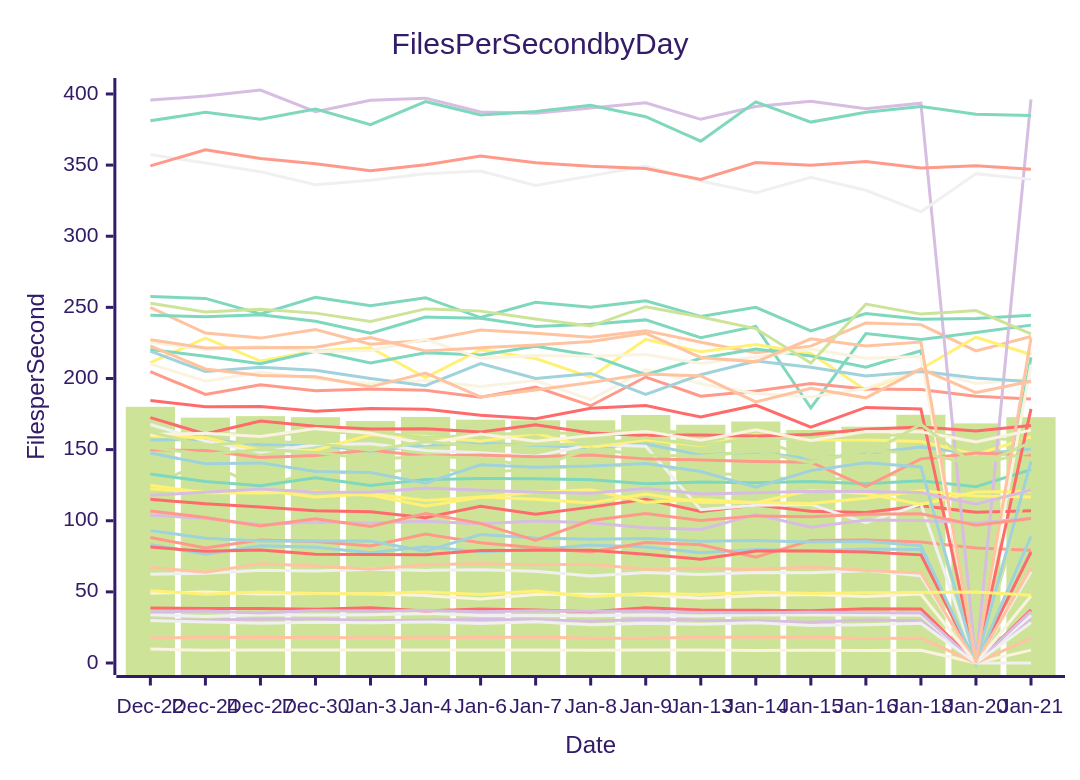
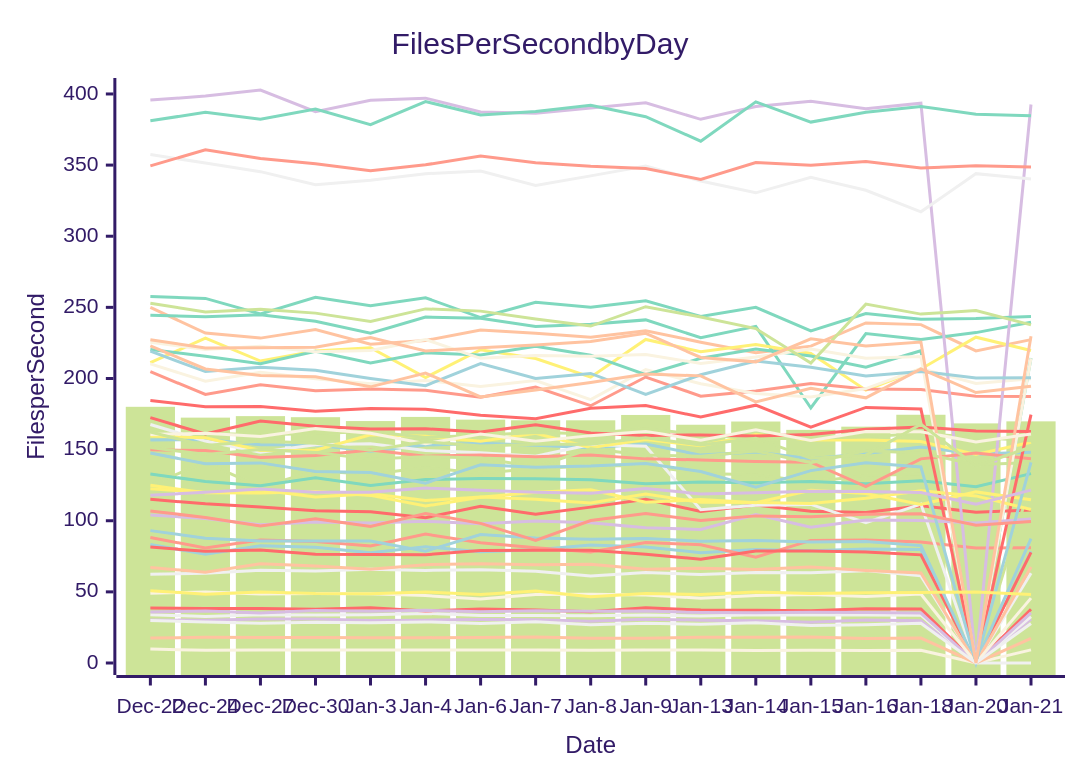
The diagram in perf-report.md (streetsidesoftware/cspell), drawn with Mermaid (forest theme) before and after one commit. The commit also changed other lines of this file and 1 other file, not shown here.

````diff
--- a/perf-report.md
+++ b/perf-report.md
@@ -10,57 +10,57 @@
 ```mermaid
 xychart-beta
     title Files Per Second by Day
     y-axis Files per Second
     x-axis Date [Dec-22, Dec-24, Dec-27, Dec-30, Jan-3, Jan-4, Jan-6, Jan-7, Jan-8, Jan-9, Jan-13, Jan-14, Jan-15, Jan-16, Jan-18, Jan-20, Jan-21]
-    bar [180.09, 172.48, 173.54, 172.79, 170.07, 172.98, 171.06, 170.63, 170.60, 174.36, 167.48, 169.75, 163.88, 166.13, 174.50, 168.43, 172.80]
-    line [115.03, 111.88, 109.68, 107.07, 106.25, 102.14, 110.16, 104.65, 109.58, 115.11, 106.48, 111.07, 106.70, 105.83, 110.59, 105.90, 106.95]
-    line [83.25, 76.44, 82.43, 81.41, 77.52, 81.68, 78.20, 79.53, 83.01, 81.62, 77.54, 79.76, 78.94, 80.05, 79.79, 0.00, 79.00]
-    line [30.24, 30.04, 30.99, 30.88, 29.79, 30.12, 30.58, 30.44, 29.43, 30.82, 30.13, 29.74, 28.69, 30.19, 29.74, 0.00, 31.28]
-    line [33.89, 32.69, 33.95, 33.78, 33.96, 34.86, 33.41, 33.47, 33.19, 33.82, 33.01, 34.00, 33.70, 33.67, 33.62, 0.00, 33.55]
-    line [249.98, 231.90, 228.38, 234.40, 224.05, 226.75, 234.01, 231.87, 229.00, 233.60, 225.53, 218.14, 222.73, 239.07, 237.86, 219.38, 229.49]
-    line [244.43, 243.32, 244.74, 240.28, 231.82, 243.15, 242.35, 236.52, 238.12, 241.19, 228.64, 236.61, 179.24, 231.58, 227.41, 232.25, 237.51]
-    line [88.26, 80.81, 86.47, 85.34, 82.22, 90.61, 84.54, 80.98, 78.06, 84.72, 83.13, 74.36, 86.16, 86.38, 84.98, 80.87, 79.30]
-    line [9.78, 8.90, 9.07, 9.12, 9.16, 9.11, 9.12, 9.14, 8.90, 9.21, 9.09, 8.82, 8.93, 8.76, 8.99, 0.00, 9.07]
-    line [211.10, 228.39, 212.27, 219.38, 221.60, 200.66, 220.18, 213.99, 200.90, 227.46, 218.81, 223.94, 217.59, 191.78, 206.70, 229.01, 216.84]
-    line [125.20, 140.89, 123.76, 134.99, 132.64, 137.41, 133.47, 136.71, 138.45, 138.88, 133.26, 132.31, 127.23, 131.76, 132.93, 0.00, 130.99]
-    line [38.70, 38.32, 38.26, 37.85, 38.77, 36.54, 38.02, 37.20, 35.97, 38.77, 37.19, 37.15, 36.65, 38.13, 37.95, 0.00, 37.31]
-    line [156.77, 157.19, 153.46, 153.21, 148.91, 153.20, 154.41, 153.05, 151.33, 153.98, 146.13, 148.32, 143.55, 147.19, 151.83, 146.83, 150.34]
-    line [35.79, 36.55, 35.09, 36.98, 36.38, 37.08, 36.07, 36.65, 36.34, 36.49, 35.46, 35.24, 35.59, 35.58, 35.07, 0.00, 36.35]
+    bar [180.09, 172.48, 173.54, 172.79, 170.07, 172.98, 171.06, 170.63, 170.60, 174.36, 167.48, 169.75, 163.88, 166.13, 174.50, 168.43, 169.86]
+    line [115.03, 111.88, 109.68, 107.07, 106.25, 102.14, 110.16, 104.65, 109.58, 115.11, 106.48, 111.07, 106.70, 105.83, 110.59, 105.90, 107.50]
+    line [83.25, 76.44, 82.43, 81.41, 77.52, 81.68, 78.20, 79.53, 83.01, 81.62, 77.54, 79.76, 78.94, 80.05, 79.79, 0.00, 78.41]
+    line [30.24, 30.04, 30.99, 30.88, 29.79, 30.12, 30.58, 30.44, 29.43, 30.82, 30.13, 29.74, 28.69, 30.19, 29.74, 0.00, 30.87]
+    line [33.89, 32.69, 33.95, 33.78, 33.96, 34.86, 33.41, 33.47, 33.19, 33.82, 33.01, 34.00, 33.70, 33.67, 33.62, 0.00, 32.53]
+    line [249.98, 231.90, 228.38, 234.40, 224.05, 226.75, 234.01, 231.87, 229.00, 233.60, 225.53, 218.14, 222.73, 239.07, 237.86, 219.38, 227.33]
+    line [244.43, 243.32, 244.74, 240.28, 231.82, 243.15, 242.35, 236.52, 238.12, 241.19, 228.64, 236.61, 179.24, 231.58, 227.41, 232.25, 239.53]
+    line [88.26, 80.81, 86.47, 85.34, 82.22, 90.61, 84.54, 80.98, 78.06, 84.72, 83.13, 74.36, 86.16, 86.38, 84.98, 80.87, 81.08]
+    line [9.78, 8.90, 9.07, 9.12, 9.16, 9.11, 9.12, 9.14, 8.90, 9.21, 9.09, 8.82, 8.93, 8.76, 8.99, 0.00, 9.21]
+    line [211.10, 228.39, 212.27, 219.38, 221.60, 200.66, 220.18, 213.99, 200.90, 227.46, 218.81, 223.94, 217.59, 191.78, 206.70, 229.01, 219.68]
+    line [125.20, 140.89, 123.76, 134.99, 132.64, 137.41, 133.47, 136.71, 138.45, 138.88, 133.26, 132.31, 127.23, 131.76, 132.93, 0.00, 127.27]
+    line [38.70, 38.32, 38.26, 37.85, 38.77, 36.54, 38.02, 37.20, 35.97, 38.77, 37.19, 37.15, 36.65, 38.13, 37.95, 0.00, 37.76]
+    line [156.77, 157.19, 153.46, 153.21, 148.91, 153.20, 154.41, 153.05, 151.33, 153.98, 146.13, 148.32, 143.55, 147.19, 151.83, 146.83, 148.17]
+    line [35.79, 36.55, 35.09, 36.98, 36.38, 37.08, 36.07, 36.65, 36.34, 36.49, 35.46, 35.24, 35.59, 35.58, 35.07, 0.00, 35.24]
     line [167.61, 155.99, 148.15, 153.37, 154.17, 149.42, 147.86, 145.38, 153.63, 152.37, 107.78, 110.93, 111.50, 98.69, 111.74, 0.00, 0.00]
-    line [17.53, 18.08, 17.97, 17.93, 17.83, 17.83, 17.89, 18.19, 17.48, 17.44, 18.04, 18.04, 18.22, 17.23, 17.55, 0.00, 17.49]
-    line [132.89, 127.54, 124.61, 130.19, 124.72, 128.97, 129.63, 129.57, 128.75, 125.98, 127.26, 126.67, 127.57, 126.01, 128.09, 123.93, 135.91]
-    line [204.78, 188.75, 195.62, 191.45, 192.64, 191.68, 186.85, 193.93, 180.85, 201.04, 187.54, 191.28, 196.46, 192.64, 192.25, 187.45, 185.51]
-    line [210.28, 198.12, 204.40, 199.78, 196.30, 198.61, 194.45, 198.60, 185.12, 206.27, 196.30, 189.40, 186.97, 192.92, 206.92, 196.43, 199.64]
-    line [159.56, 158.26, 149.38, 149.63, 160.44, 159.38, 155.94, 161.49, 151.30, 157.09, 152.68, 160.69, 156.79, 156.81, 155.73, 146.52, 158.90]
-    line [171.52, 161.55, 160.38, 161.25, 162.72, 158.59, 160.02, 162.06, 161.10, 164.91, 160.36, 157.59, 157.97, 159.04, 161.40, 158.69, 156.05]
-    line [81.49, 78.49, 79.44, 76.50, 76.34, 76.08, 79.03, 79.23, 79.24, 76.50, 72.97, 78.65, 78.72, 77.98, 76.03, 0.00, 77.99]
-    line [93.06, 87.76, 85.72, 85.81, 85.78, 78.64, 90.27, 87.90, 87.06, 87.60, 85.54, 86.15, 85.12, 85.43, 82.51, 0.00, 88.99]
-    line [395.71, 398.52, 402.79, 387.60, 395.60, 397.05, 387.31, 386.47, 390.16, 393.74, 382.18, 391.17, 394.86, 389.55, 393.53, 0.00, 396.13]
-    line [62.39, 63.01, 65.26, 64.66, 65.89, 65.11, 65.47, 64.47, 61.13, 63.67, 62.15, 63.63, 63.52, 64.93, 61.26, 0.00, 64.10]
-    line [67.11, 63.78, 69.83, 68.15, 65.99, 69.11, 69.77, 69.09, 69.36, 65.84, 66.66, 65.78, 67.40, 65.04, 63.23, 0.00, 66.95]
-    line [220.31, 215.56, 210.39, 219.17, 210.98, 218.13, 216.47, 222.63, 216.37, 202.60, 214.18, 220.74, 215.80, 207.87, 219.52, 0.00, 214.97]
-    line [149.89, 149.32, 144.39, 145.93, 149.70, 145.36, 146.19, 145.02, 146.18, 143.49, 142.76, 141.64, 141.15, 123.99, 143.49, 147.59, 146.14]
-    line [225.51, 220.33, 222.69, 218.79, 219.63, 227.40, 214.16, 216.11, 215.58, 216.92, 210.61, 215.07, 220.69, 214.26, 215.48, 0.00, 209.75]
-    line [124.95, 119.60, 119.43, 120.64, 117.82, 110.33, 116.53, 120.08, 121.77, 112.94, 114.87, 112.73, 121.37, 119.21, 111.41, 120.28, 120.56]
-    line [151.56, 146.50, 150.10, 148.04, 143.32, 145.06, 144.14, 137.83, 150.50, 146.15, 145.30, 149.05, 140.78, 149.26, 147.65, 139.36, 148.37]
-    line [184.52, 180.06, 180.25, 176.99, 178.92, 178.38, 174.22, 171.75, 179.11, 181.04, 172.87, 181.24, 165.83, 179.67, 178.49, 0.00, 178.63]
-    line [219.19, 204.86, 207.97, 205.76, 199.93, 194.96, 210.48, 200.08, 203.53, 188.73, 202.65, 212.27, 207.96, 201.68, 204.97, 200.41, 197.70]
-    line [104.04, 101.53, 97.16, 99.08, 98.33, 99.60, 97.96, 99.84, 98.62, 95.10, 93.83, 104.36, 95.41, 100.49, 100.17, 98.43, 101.78]
-    line [357.38, 351.53, 345.39, 336.17, 339.40, 343.93, 345.83, 335.66, 342.43, 349.42, 338.80, 330.51, 341.37, 332.29, 317.17, 344.00, 339.96]
-    line [222.98, 206.68, 202.06, 201.20, 194.13, 203.79, 186.99, 191.85, 197.16, 203.10, 201.84, 183.49, 193.18, 186.41, 206.76, 190.09, 198.11]
-    line [257.62, 256.30, 245.45, 257.10, 251.12, 256.72, 242.84, 253.62, 250.11, 254.55, 243.64, 250.04, 233.42, 245.62, 241.64, 242.10, 244.42]
-    line [349.43, 360.81, 354.60, 350.95, 345.98, 350.21, 356.35, 351.62, 349.11, 347.65, 339.94, 351.75, 349.84, 352.46, 347.95, 349.61, 347.08]
-    line [48.96, 49.98, 48.46, 48.82, 48.74, 47.38, 44.97, 48.20, 48.28, 47.88, 45.48, 47.52, 48.15, 46.82, 48.44, 0.00, 47.19]
-    line [122.57, 119.82, 121.66, 116.64, 119.03, 114.16, 116.74, 115.06, 112.51, 118.83, 112.95, 112.89, 112.17, 115.75, 121.13, 117.45, 116.64]
-    line [252.93, 246.70, 248.73, 245.95, 240.13, 248.92, 247.35, 241.85, 236.85, 250.47, 243.18, 235.07, 210.91, 252.26, 245.25, 247.79, 231.43]
-    line [172.46, 160.97, 170.04, 166.42, 164.47, 164.70, 162.35, 167.49, 161.75, 159.91, 160.33, 159.51, 160.62, 164.27, 165.83, 163.17, 167.01]
-    line [147.65, 140.01, 140.67, 134.58, 133.84, 126.46, 139.31, 137.59, 138.48, 140.31, 134.58, 123.64, 135.23, 140.79, 137.86, 0.00, 141.76]
+    line [17.53, 18.08, 17.97, 17.93, 17.83, 17.83, 17.89, 18.19, 17.48, 17.44, 18.04, 18.04, 18.22, 17.23, 17.55, 0.00, 17.39]
+    line [132.89, 127.54, 124.61, 130.19, 124.72, 128.97, 129.63, 129.57, 128.75, 125.98, 127.26, 126.67, 127.57, 126.01, 128.09, 123.93, 133.11]
+    line [204.78, 188.75, 195.62, 191.45, 192.64, 191.68, 186.85, 193.93, 180.85, 201.04, 187.54, 191.28, 196.46, 192.64, 192.25, 187.45, 187.38]
+    line [210.28, 198.12, 204.40, 199.78, 196.30, 198.61, 194.45, 198.60, 185.12, 206.27, 196.30, 189.40, 186.97, 192.92, 206.92, 196.43, 199.84]
+    line [159.56, 158.26, 149.38, 149.63, 160.44, 159.38, 155.94, 161.49, 151.30, 157.09, 152.68, 160.69, 156.79, 156.81, 155.73, 146.52, 155.23]
+    line [171.52, 161.55, 160.38, 161.25, 162.72, 158.59, 160.02, 162.06, 161.10, 164.91, 160.36, 157.59, 157.97, 159.04, 161.40, 158.69, 156.26]
+    line [81.49, 78.49, 79.44, 76.50, 76.34, 76.08, 79.03, 79.23, 79.24, 76.50, 72.97, 78.65, 78.72, 77.98, 76.03, 0.00, 77.82]
+    line [93.06, 87.76, 85.72, 85.81, 85.78, 78.64, 90.27, 87.90, 87.06, 87.60, 85.54, 86.15, 85.12, 85.43, 82.51, 0.00, 87.43]
+    line [395.71, 398.52, 402.79, 387.60, 395.60, 397.05, 387.31, 386.47, 390.16, 393.74, 382.18, 391.17, 394.86, 389.55, 393.53, 0.00, 392.61]
+    line [62.39, 63.01, 65.26, 64.66, 65.89, 65.11, 65.47, 64.47, 61.13, 63.67, 62.15, 63.63, 63.52, 64.93, 61.26, 0.00, 63.19]
+    line [67.11, 63.78, 69.83, 68.15, 65.99, 69.11, 69.77, 69.09, 69.36, 65.84, 66.66, 65.78, 67.40, 65.04, 63.23, 0.00, 67.48]
+    line [220.31, 215.56, 210.39, 219.17, 210.98, 218.13, 216.47, 222.63, 216.37, 202.60, 214.18, 220.74, 215.80, 207.87, 219.52, 0.00, 214.36]
+    line [149.89, 149.32, 144.39, 145.93, 149.70, 145.36, 146.19, 145.02, 146.18, 143.49, 142.76, 141.64, 141.15, 123.99, 143.49, 147.59, 143.59]
+    line [225.51, 220.33, 222.69, 218.79, 219.63, 227.40, 214.16, 216.11, 215.58, 216.92, 210.61, 215.07, 220.69, 214.26, 215.48, 0.00, 214.23]
+    line [124.95, 119.60, 119.43, 120.64, 117.82, 110.33, 116.53, 120.08, 121.77, 112.94, 114.87, 112.73, 121.37, 119.21, 111.41, 120.28, 114.69]
+    line [151.56, 146.50, 150.10, 148.04, 143.32, 145.06, 144.14, 137.83, 150.50, 146.15, 145.30, 149.05, 140.78, 149.26, 147.65, 139.36, 140.95]
+    line [184.52, 180.06, 180.25, 176.99, 178.92, 178.38, 174.22, 171.75, 179.11, 181.04, 172.87, 181.24, 165.83, 179.67, 178.49, 0.00, 174.64]
+    line [219.19, 204.86, 207.97, 205.76, 199.93, 194.96, 210.48, 200.08, 203.53, 188.73, 202.65, 212.27, 207.96, 201.68, 204.97, 200.41, 200.50]
+    line [104.04, 101.53, 97.16, 99.08, 98.33, 99.60, 97.96, 99.84, 98.62, 95.10, 93.83, 104.36, 95.41, 100.49, 100.17, 98.43, 101.26]
+    line [357.38, 351.53, 345.39, 336.17, 339.40, 343.93, 345.83, 335.66, 342.43, 349.42, 338.80, 330.51, 341.37, 332.29, 317.17, 344.00, 340.27]
+    line [222.98, 206.68, 202.06, 201.20, 194.13, 203.79, 186.99, 191.85, 197.16, 203.10, 201.84, 183.49, 193.18, 186.41, 206.76, 190.09, 194.48]
+    line [257.62, 256.30, 245.45, 257.10, 251.12, 256.72, 242.84, 253.62, 250.11, 254.55, 243.64, 250.04, 233.42, 245.62, 241.64, 242.10, 243.52]
+    line [349.43, 360.81, 354.60, 350.95, 345.98, 350.21, 356.35, 351.62, 349.11, 347.65, 339.94, 351.75, 349.84, 352.46, 347.95, 349.61, 348.67]
+    line [48.96, 49.98, 48.46, 48.82, 48.74, 47.38, 44.97, 48.20, 48.28, 47.88, 45.48, 47.52, 48.15, 46.82, 48.44, 0.00, 45.59]
+    line [122.57, 119.82, 121.66, 116.64, 119.03, 114.16, 116.74, 115.06, 112.51, 118.83, 112.95, 112.89, 112.17, 115.75, 121.13, 117.45, 107.89]
+    line [252.93, 246.70, 248.73, 245.95, 240.13, 248.92, 247.35, 241.85, 236.85, 250.47, 243.18, 235.07, 210.91, 252.26, 245.25, 247.79, 237.71]
+    line [172.46, 160.97, 170.04, 166.42, 164.47, 164.70, 162.35, 167.49, 161.75, 159.91, 160.33, 159.51, 160.62, 164.27, 165.83, 163.17, 162.82]
+    line [147.65, 140.01, 140.67, 134.58, 133.84, 126.46, 139.31, 137.59, 138.48, 140.31, 134.58, 123.64, 135.23, 140.79, 137.86, 0.00, 141.02]
     line [117.98, 119.98, 122.26, 120.11, 120.07, 122.96, 121.36, 120.04, 119.36, 122.67, 118.82, 119.70, 120.72, 120.60, 119.83, 111.61, 121.49]
-    line [29.86, 28.77, 27.94, 28.71, 28.29, 28.89, 27.76, 28.93, 26.82, 27.98, 27.25, 28.25, 26.29, 26.94, 27.92, 0.00, 28.39]
-    line [227.25, 221.39, 221.64, 222.00, 228.77, 219.30, 221.68, 223.62, 226.04, 231.74, 214.77, 211.68, 227.93, 222.84, 225.57, 0.00, 228.49]
-    line [381.16, 387.10, 382.18, 389.40, 378.43, 394.66, 385.25, 387.67, 392.05, 384.01, 366.78, 394.48, 380.24, 387.08, 391.19, 385.76, 384.83]
-    line [106.83, 102.33, 96.35, 101.39, 95.92, 105.11, 98.16, 86.10, 100.14, 105.08, 100.22, 103.42, 102.77, 104.55, 104.84, 96.90, 101.59]
-    line [160.66, 161.47, 159.18, 164.75, 161.43, 154.09, 160.97, 155.89, 159.83, 162.81, 156.59, 163.92, 156.50, 162.70, 162.52, 155.39, 163.70]
-    line [50.84, 48.41, 49.94, 48.88, 48.70, 49.88, 48.16, 50.54, 46.59, 48.81, 48.15, 49.96, 48.86, 49.35, 49.61, 49.98, 47.61]
-    line [162.32, 152.82, 156.10, 154.49, 149.59, 155.51, 152.61, 153.69, 153.81, 158.28, 153.24, 158.05, 143.97, 146.11, 167.84, 138.47, 155.02]
+    line [29.86, 28.77, 27.94, 28.71, 28.29, 28.89, 27.76, 28.93, 26.82, 27.98, 27.25, 28.25, 26.29, 26.94, 27.92, 0.00, 27.74]
+    line [227.25, 221.39, 221.64, 222.00, 228.77, 219.30, 221.68, 223.62, 226.04, 231.74, 214.77, 211.68, 227.93, 222.84, 225.57, 0.00, 229.76]
+    line [381.16, 387.10, 382.18, 389.40, 378.43, 394.66, 385.25, 387.67, 392.05, 384.01, 366.78, 394.48, 380.24, 387.08, 391.19, 385.76, 384.74]
+    line [106.83, 102.33, 96.35, 101.39, 95.92, 105.11, 98.16, 86.10, 100.14, 105.08, 100.22, 103.42, 102.77, 104.55, 104.84, 96.90, 99.42]
+    line [160.66, 161.47, 159.18, 164.75, 161.43, 154.09, 160.97, 155.89, 159.83, 162.81, 156.59, 163.92, 156.50, 162.70, 162.52, 155.39, 161.05]
+    line [50.84, 48.41, 49.94, 48.88, 48.70, 49.88, 48.16, 50.54, 46.59, 48.81, 48.15, 49.96, 48.86, 49.35, 49.61, 49.98, 48.14]
+    line [162.32, 152.82, 156.10, 154.49, 149.59, 155.51, 152.61, 153.69, 153.81, 158.28, 153.24, 158.05, 143.97, 146.11, 167.84, 138.47, 151.83]
 ```
````
